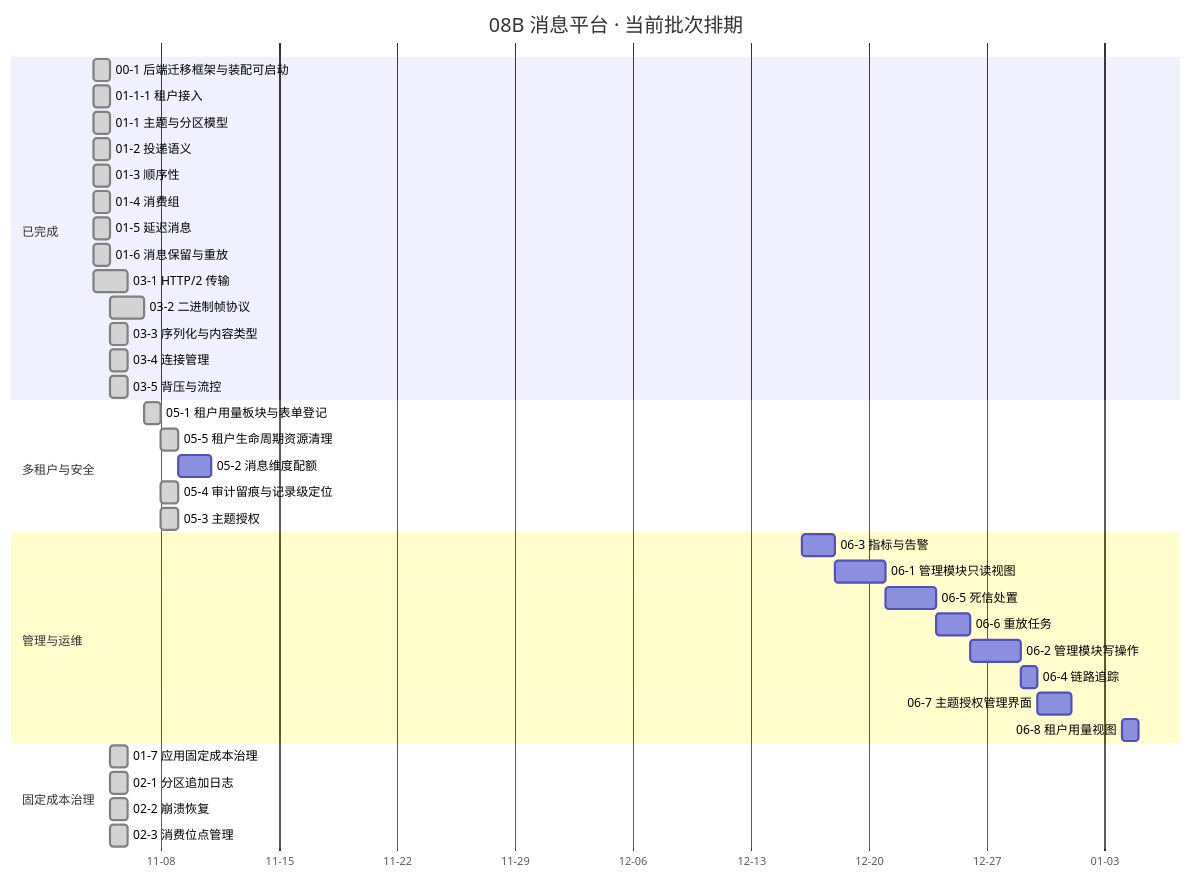
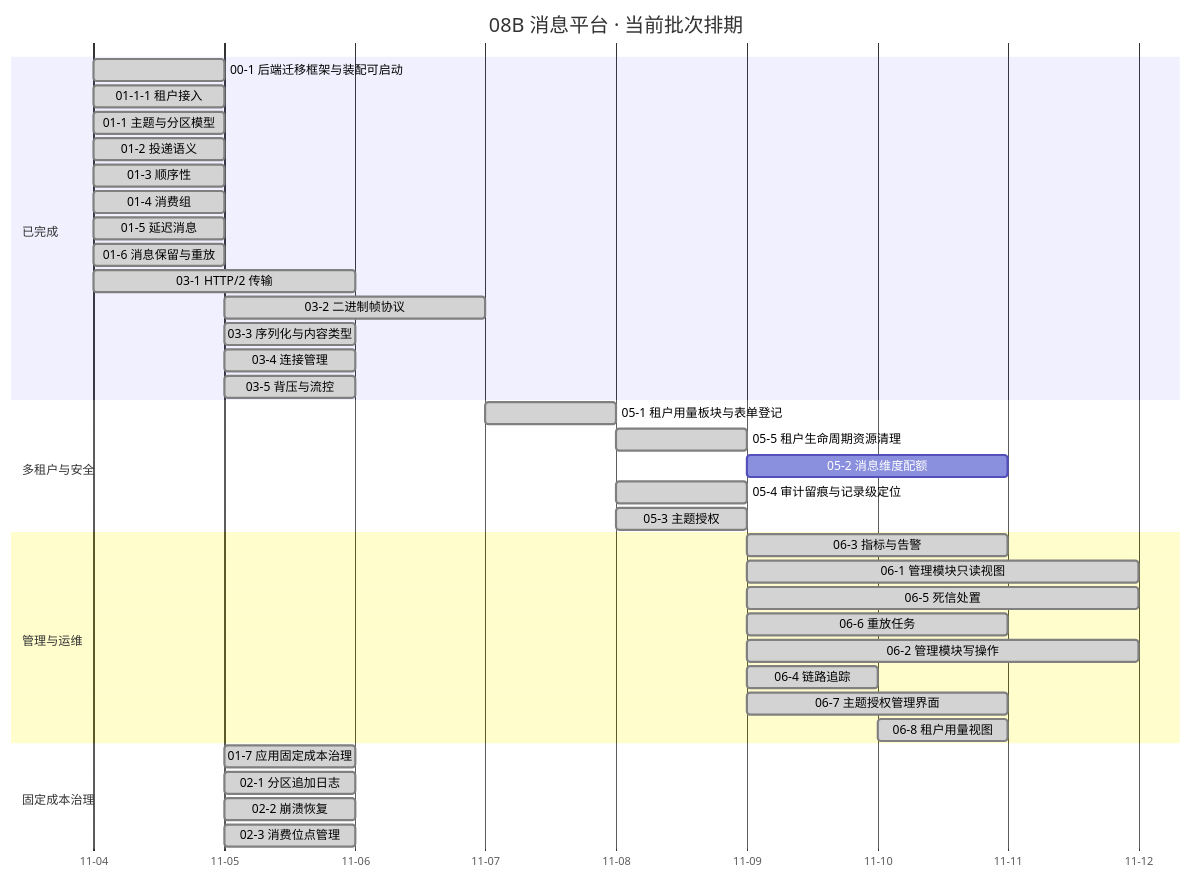
Before and after one commit to minjian123/message-platform: the diagram in msg文档/项目/08B_消息平台/计划/01_计划_消息平台.md, drawn with Mermaid. The commit also changed other lines of this file and 33 other files, not shown here.

First line of the commit message:
docs(msg): 06-8 租户用量视图详细设计、记录与原型 10

````diff
--- a/msg文档/项目/08B_消息平台/计划/01_计划_消息平台.md
+++ b/msg文档/项目/08B_消息平台/计划/01_计划_消息平台.md
@@ -103,41 +103,41 @@
 ```mermaid
 gantt
     title 08B 消息平台 · 当前批次排期
-    %% 任务域 02：02-7 已交付（2026-11-05）、02-4/02-5 搁置（待 8B_05）；任务域 04：04-1 ~ 04-7 全部已交付不入甘特；任务域 06：06-3 ~ 06-8 自 2026-12-16 起连续排（06-8 跨元旦至 2027-01-04）
+    %% 任务域 02：02-7 已交付（2026-11-05）、02-4/02-5 搁置（待 8B_05）；任务域 04：04-1 ~ 04-7 全部已交付不入甘特；任务域 06：06-1 ~ 06-8 全部已交付（2026-11-09 ~ 11-10），不再留在待排区间
     dateFormat YYYY-MM-DD
     axisFormat %m-%d
     section 已完成
     00-1 后端迁移框架与装配可启动 :done, d001, 2026-11-04, 1d
     01-1-1 租户接入 :done, d0111, 2026-11-04, 1d
     01-1 主题与分区模型 :done, t011, 2026-11-04, 1d
     01-2 投递语义 :done, t012, 2026-11-04, 1d
     01-3 顺序性 :done, t013, 2026-11-04, 1d
     01-4 消费组 :done, t014, 2026-11-04, 1d
     01-5 延迟消息 :done, t015, 2026-11-04, 1d
     01-6 消息保留与重放 :done, t016, 2026-11-04, 1d
     03-1 HTTP/2 传输 :done, t031, 2026-11-04, 2d
     03-2 二进制帧协议 :done, t032, 2026-11-05, 2d
     03-3 序列化与内容类型 :done, t033, 2026-11-05, 1d
     03-4 连接管理 :done, t034, 2026-11-05, 1d
     03-5 背压与流控 :done, t035, 2026-11-05, 1d
     section 多租户与安全
     05-1 租户用量板块与表单登记 :done, t051, 2026-11-07, 1d
     05-5 租户生命周期资源清理 :done, t055, 2026-11-08, 1d
     05-2 消息维度配额 :t052, after t055, 2d
     05-4 审计留痕与记录级定位 :done, t054, 2026-11-08, 1d
     05-3 主题授权 :done, t053, 2026-11-08, 1d
     section 管理与运维
-    06-3 指标与告警 :t063, 2026-12-16, 2d
-    06-1 管理模块只读视图 :t061, after t063, 3d
-    06-5 死信处置 :t065, after t061, 3d
-    06-6 重放任务 :t066, after t065, 2d
-    06-2 管理模块写操作 :t062, after t066, 3d
-    06-4 链路追踪 :t064, after t062, 1d
-    06-7 主题授权管理界面 :t067, after t064, 2d
-    06-8 租户用量视图 :t068, 2027-01-04, 1d
+    06-3 指标与告警 :done, t063, 2026-11-09, 2d
+    06-1 管理模块只读视图 :done, t061, 2026-11-09, 3d
+    06-5 死信处置 :done, t065, 2026-11-09, 3d
+    06-6 重放任务 :done, t066, 2026-11-09, 2d
+    06-2 管理模块写操作 :done, t062, 2026-11-09, 3d
+    06-4 链路追踪 :done, t064, 2026-11-09, 1d
+    06-7 主题授权管理界面 :done, t067, 2026-11-09, 2d
+    06-8 租户用量视图 :done, t068, 2026-11-10, 1d
     section 固定成本治理
     01-7 应用固定成本治理 :done, t017, 2026-11-05, 1d
     02-1 分区追加日志 :done, t021, 2026-11-05, 1d
     02-2 崩溃恢复 :done, t022, 2026-11-05, 1d
     02-3 消费位点管理 :done, t023, 2026-11-05, 1d
 ```
````
